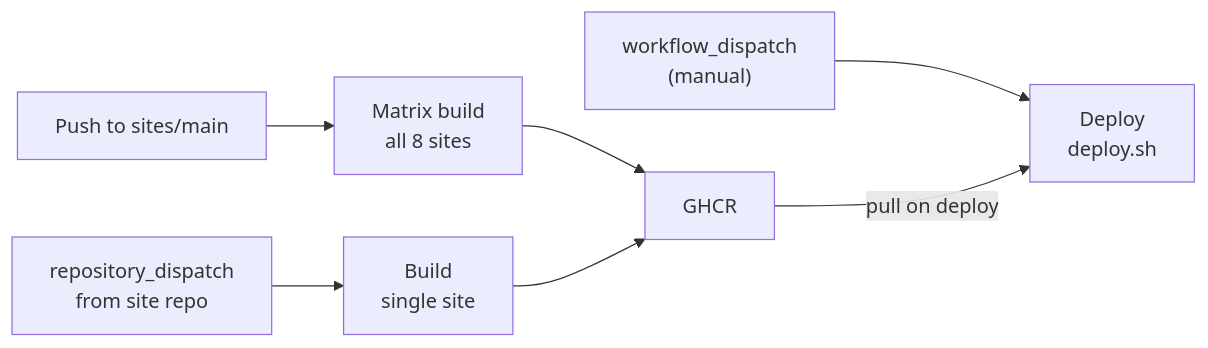
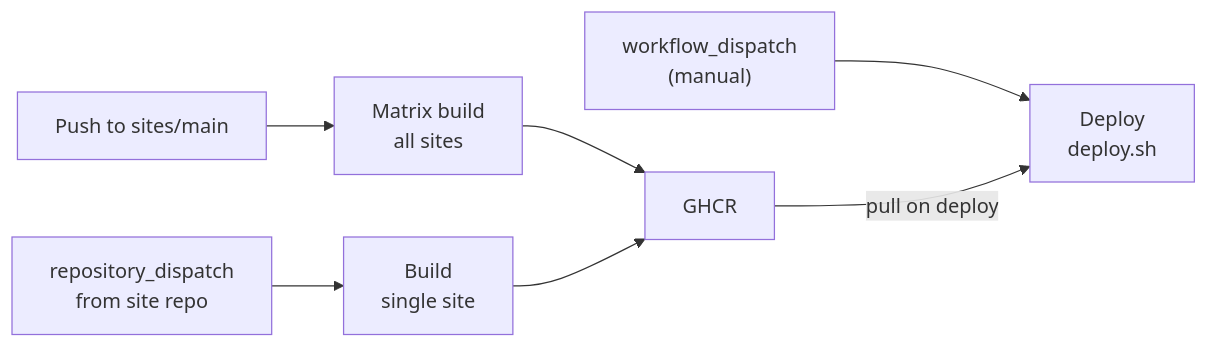
One commit to outsideworx/.kiro changed the second of 3 diagrams in prompts/outsideworx/github-actions.md. Above: the diagram before and after it, drawn with Mermaid. The commit also changed other lines of this file and 20 other files, not shown here.

````diff
--- a/prompts/outsideworx/github-actions.md
+++ b/prompts/outsideworx/github-actions.md
@@ -58,9 +60,9 @@
 ```mermaid
 flowchart LR
-    main_push["Push to sites/main"] --> matrix["Matrix build\nall 8 sites"]
+    main_push["Push to sites/main"] --> matrix["Matrix build\nall sites"]
     repo_dispatch["repository_dispatch\nfrom site repo"] --> single["Build\nsingle site"]
     matrix --> ghcr["GHCR"]
     single --> ghcr
     manual["workflow_dispatch\n(manual)"] --> deploy["Deploy\ndeploy.sh"]
     ghcr -->|"pull on deploy"| deploy
 ```
````
